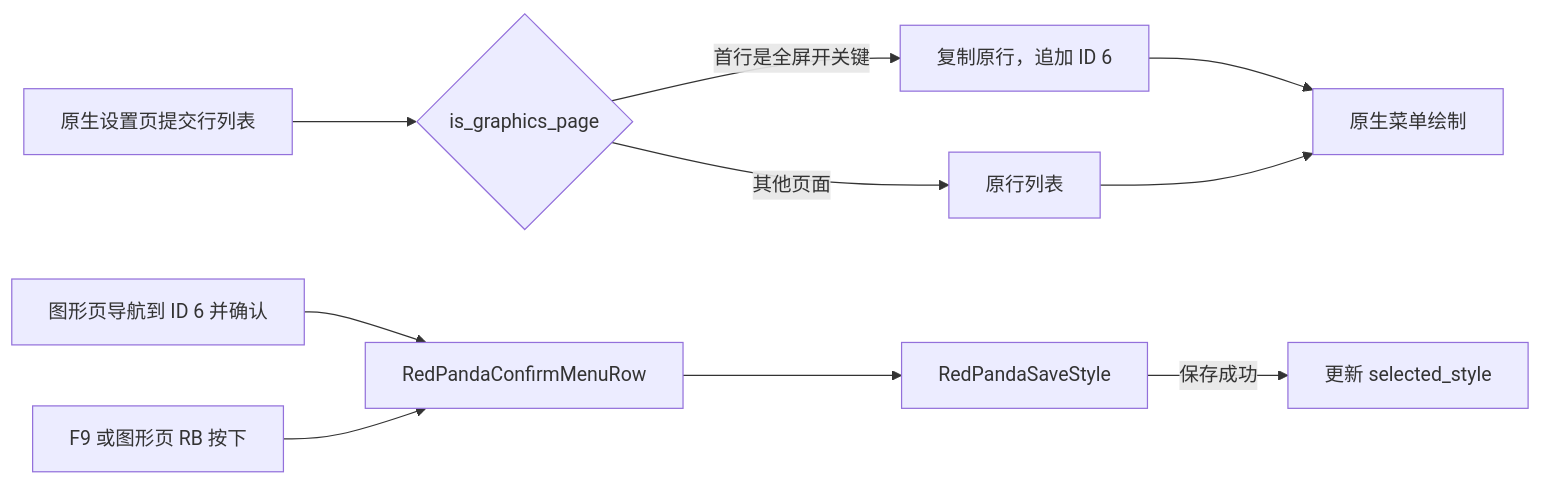
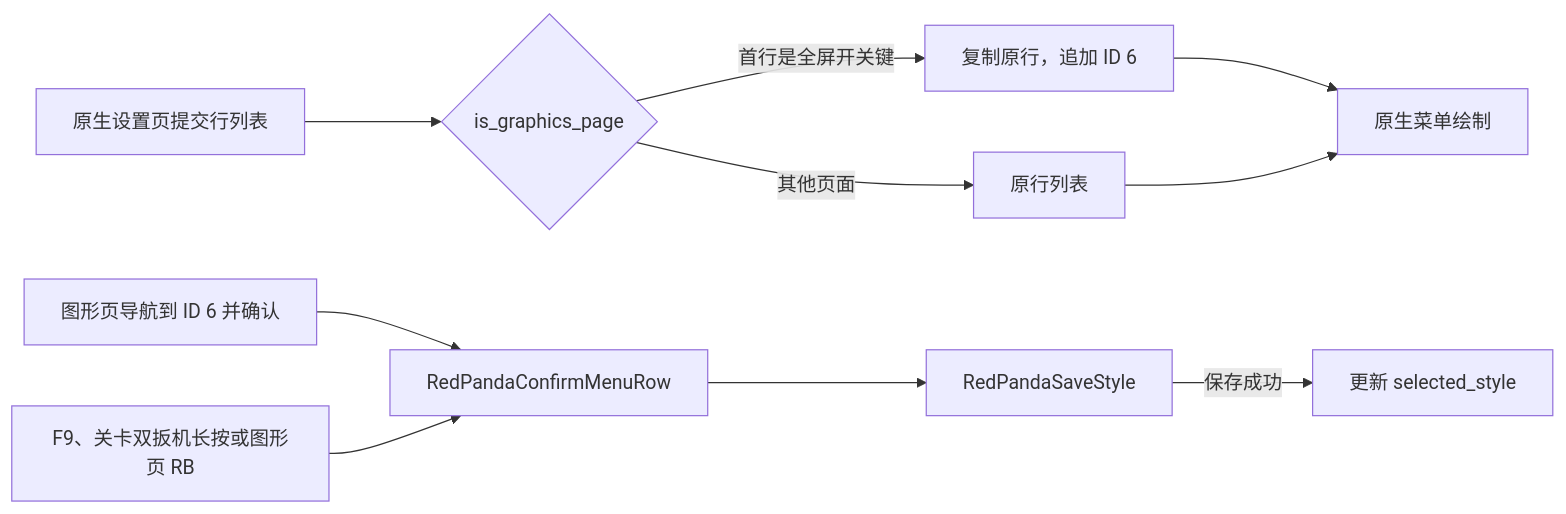
Before and after one commit to dreamstring/SinkingStarRedPanda: the second of 4 diagrams in README.md, drawn with Mermaid. The commit also changed other lines of this file and 3 other files, not shown here.

````diff
--- a/README.md
+++ b/README.md
@@ -99,12 +99,12 @@
 ```mermaid
 flowchart LR
     A["原生设置页提交行列表"] --> B{"is_graphics_page"}
     B -->|"首行是全屏开关键"| C["复制原行，追加 ID 6"]
     B -->|"其他页面"| D["原行列表"]
     C --> E["原生菜单绘制"]
     D --> E
     F["图形页导航到 ID 6 并确认"] --> H["RedPandaConfirmMenuRow"]
-    G["F9 或图形页 RB 按下"] --> H
+    G["F9、关卡双扳机长按或图形页 RB"] --> H
     H --> I["RedPandaSaveStyle"]
     I -->|"保存成功"| J["更新 selected_style"]
 ```
````
